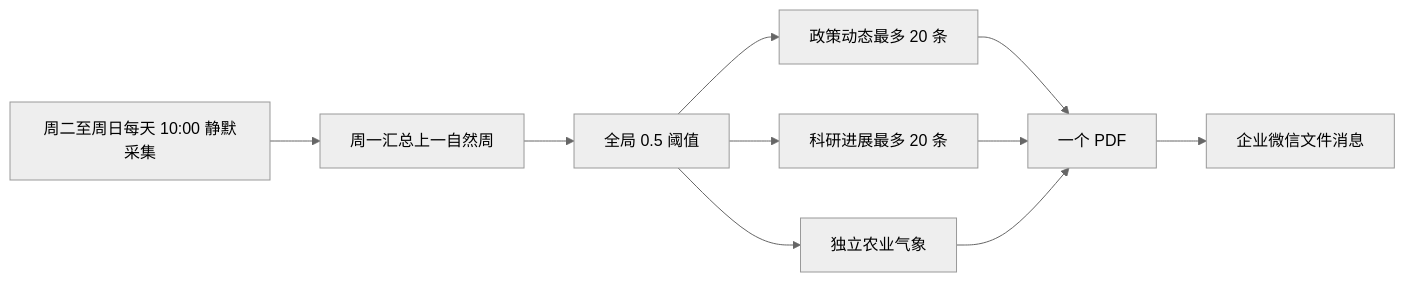
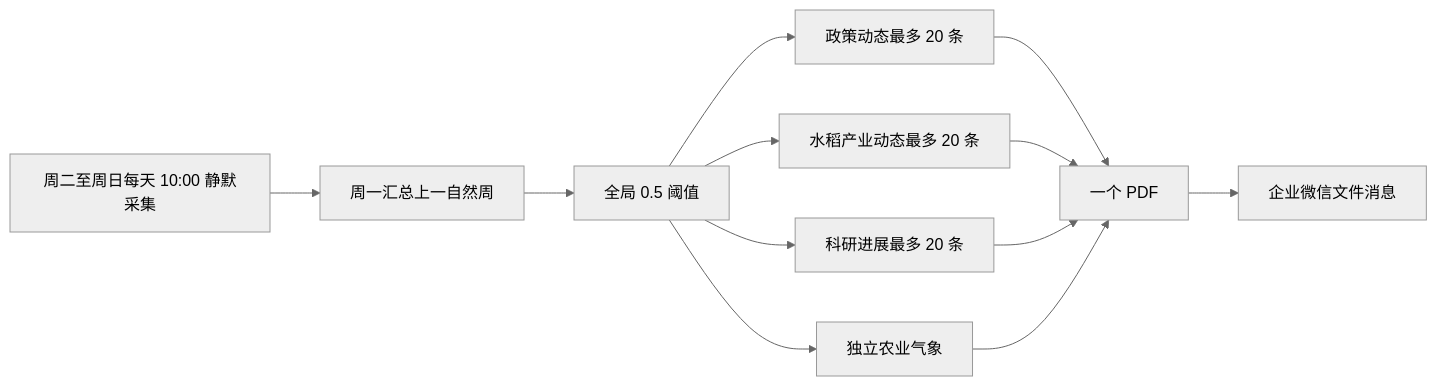
The diagram in docs/news-push-technical-implementation.md (zzzseeu/TrendRadar), drawn with Mermaid (neutral theme) before and after one commit. The commit also changed other lines of this file and 8 other files, not shown here.

````diff
--- a/docs/news-push-technical-implementation.md
+++ b/docs/news-push-technical-implementation.md
@@ -7,12 +7,14 @@
 ```mermaid
 flowchart LR
     A[周二至周日每天 10:00 静默采集] --> B[周一汇总上一自然周]
     B --> C[全局 0.5 阈值]
     C --> D[政策动态最多 20 条]
-    C --> E[科研进展最多 20 条]
-    C --> F[独立农业气象]
+    C --> E[水稻产业动态最多 20 条]
+    C --> F[科研进展最多 20 条]
+    C --> I[独立农业气象]
     D --> G[一个 PDF]
     E --> G
     F --> G
+    I --> G
     G --> H[企业微信文件消息]
 ```
````
